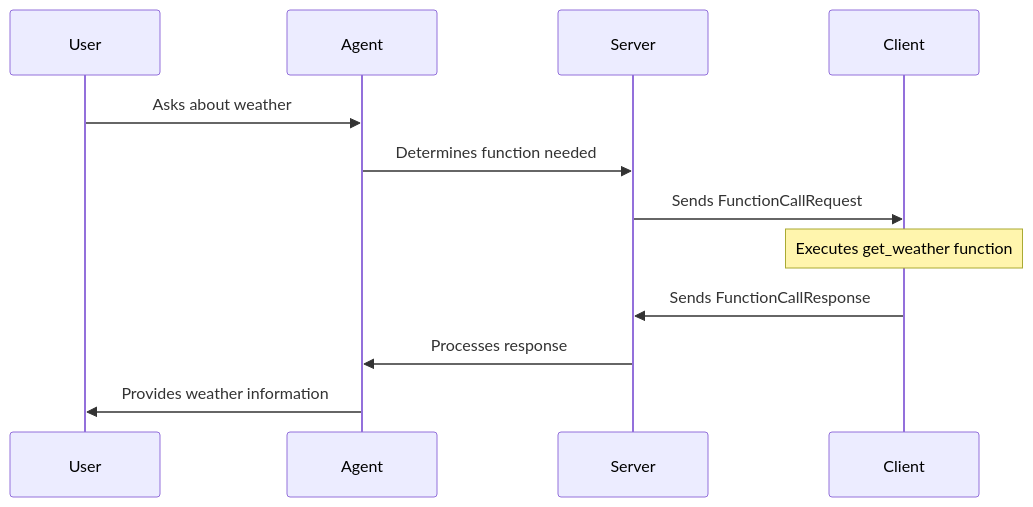
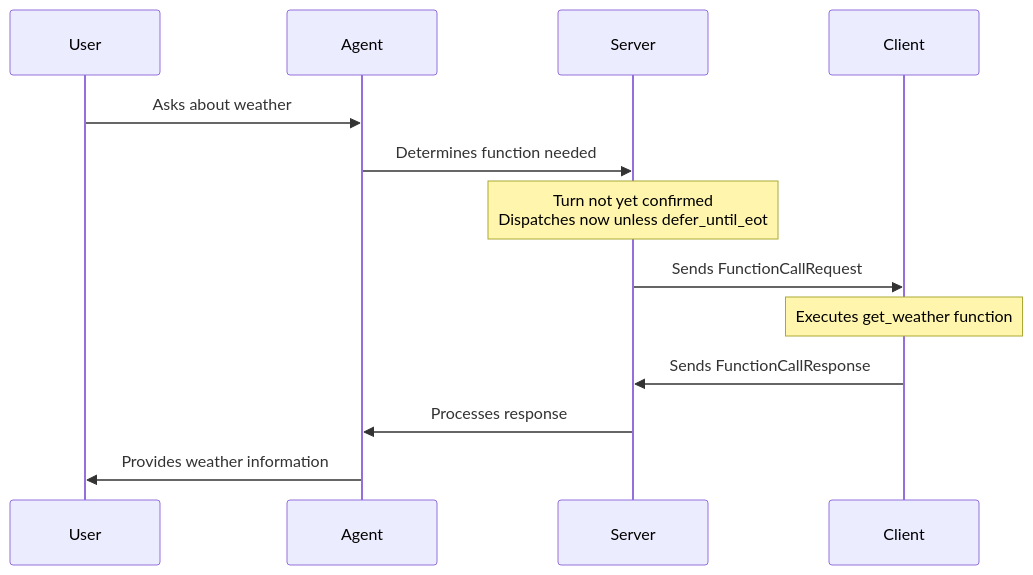
Before and after one commit to Eyre921/ofiicial-developer-docs: the diagram in voice-multimodal/deepgram/pages/docs/voice-agents-function-calling.md, drawn with Mermaid. The commit also changed other lines of this file and 456 other files, not shown here.

````diff
--- a/voice-multimodal/deepgram/pages/docs/voice-agents-function-calling.md
+++ b/voice-multimodal/deepgram/pages/docs/voice-agents-function-calling.md
@@ -43,15 +43,16 @@
 ```mermaid
 sequenceDiagram
     participant User
     participant Agent
     participant Server
     participant Client
 
     User->>Agent: Asks about weather
     Agent->>Server: Determines function needed
+    Note over Server: Turn not yet confirmed<br />Dispatches now unless defer_until_eot
     Server->>Client: Sends FunctionCallRequest
     Note over Client: Executes get_weather function
     Client->>Server: Sends FunctionCallResponse
     Server->>Agent: Processes response
     Agent->>User: Provides weather information
 ```
````
